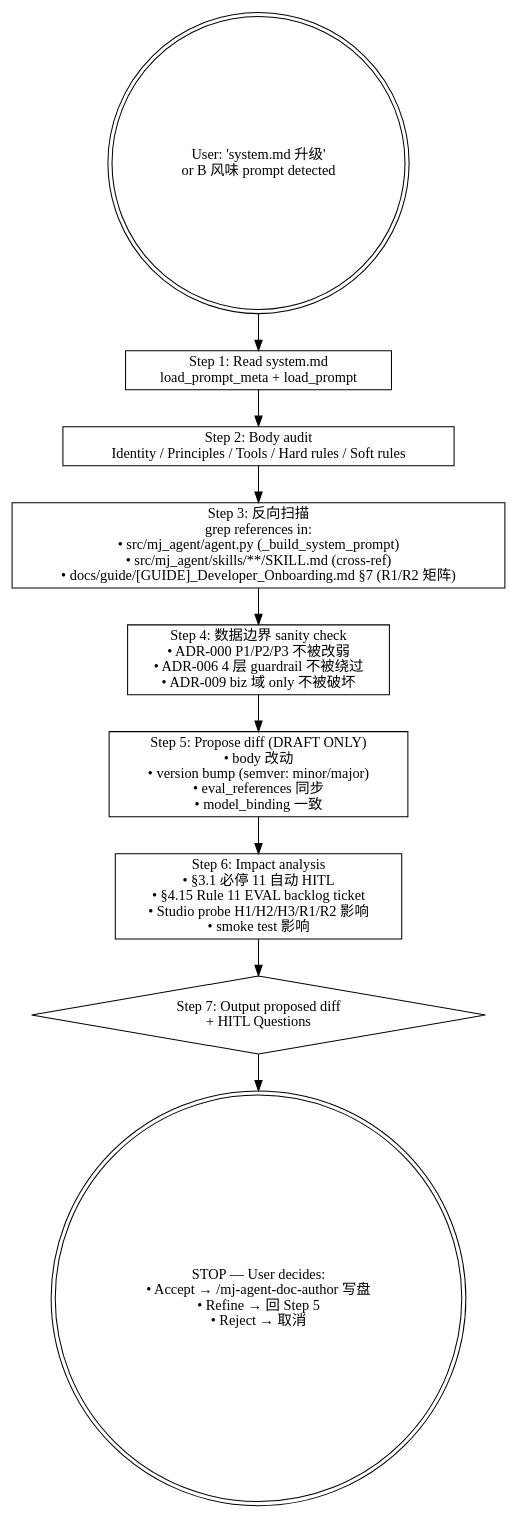
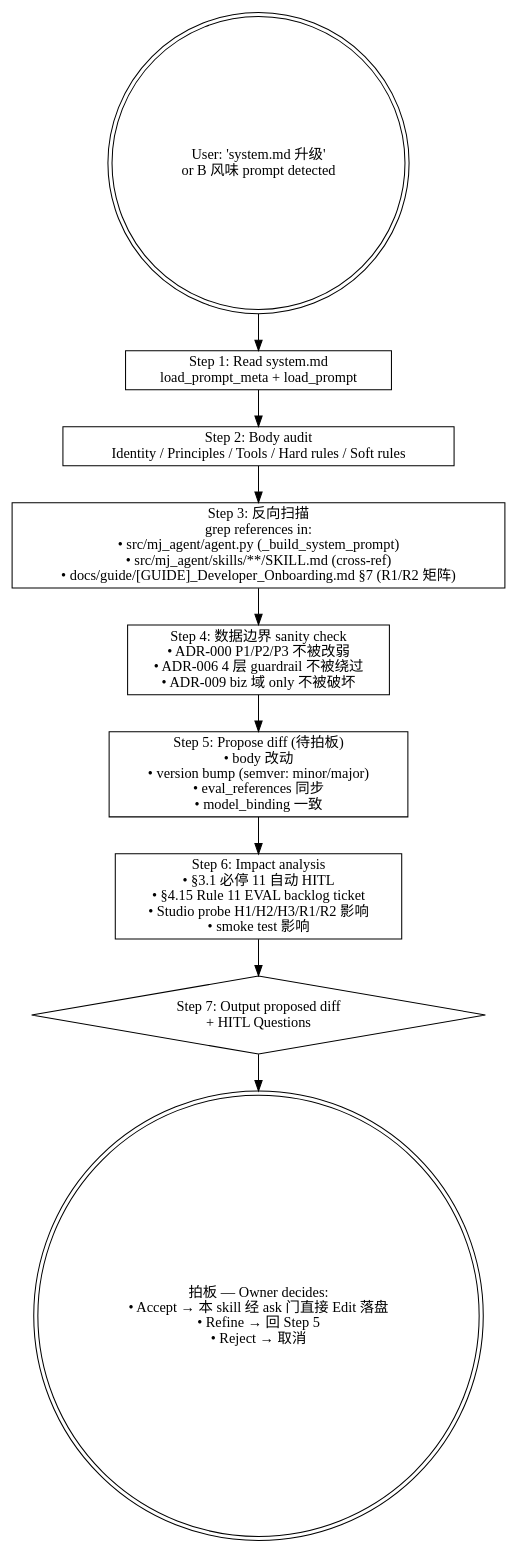
Before and after one commit to MJ-AgentLab/mj-agent: the diagram in .claude/skills/mj-agent-runtime-prompt-version-bump/SKILL.md, drawn with Graphviz. The commit also changed other lines of this file and 20 other files, not shown here.

First line of the commit message:
docs: HITL propose→拍板→apply model + deny→ask (ADR-034)

````diff
--- a/.claude/skills/mj-agent-runtime-prompt-version-bump/SKILL.md
+++ b/.claude/skills/mj-agent-runtime-prompt-version-bump/SKILL.md
@@ -45,24 +45,24 @@
 ```dot
 digraph bump {
   rankdir=TB;
   start [label="User: 'system.md 升级'\nor B 风味 prompt detected" shape=doublecircle];
 
   s1 [label="Step 1: Read system.md\nload_prompt_meta + load_prompt" shape=box];
 
   s2 [label="Step 2: Body audit\nIdentity / Principles / Tools / Hard rules / Soft rules" shape=box];
 
   s3 [label="Step 3: 反向扫描\ngrep references in:\n• src/mj_agent/agent.py (_build_system_prompt)\n• src/mj_agent/skills/**/SKILL.md (cross-ref)\n• docs/guide/[GUIDE]_Developer_Onboarding.md §7 (R1/R2 矩阵)" shape=box];
 
   s4 [label="Step 4: 数据边界 sanity check\n• ADR-000 P1/P2/P3 不被改弱\n• ADR-006 4 层 guardrail 不被绕过\n• ADR-009 biz 域 only 不被破坏" shape=box];
 
-  s5 [label="Step 5: Propose diff (DRAFT ONLY)\n• body 改动\n• version bump (semver: minor/major)\n• eval_references 同步\n• model_binding 一致" shape=box];
+  s5 [label="Step 5: Propose diff (待拍板)\n• body 改动\n• version bump (semver: minor/major)\n• eval_references 同步\n• model_binding 一致" shape=box];
 
   s6 [label="Step 6: Impact analysis\n• §3.1 必停 11 自动 HITL\n• §4.15 Rule 11 EVAL backlog ticket\n• Studio probe H1/H2/H3/R1/R2 影响\n• smoke test 影响" shape=box];
 
   s7 [label="Step 7: Output proposed diff\n+ HITL Questions" shape=diamond];
 
-  hitl [label="STOP — User decides:\n• Accept → /mj-agent-doc-author 写盘\n• Refine → 回 Step 5\n• Reject → 取消" shape=doublecircle];
+  hitl [label="拍板 — Owner decides:\n• Accept → 本 skill 经 ask 门直接 Edit 落盘\n• Refine → 回 Step 5\n• Reject → 取消" shape=doublecircle];
 
   start -> s1 -> s2 -> s3 -> s4 -> s5 -> s6 -> s7 -> hitl;
 }
 ```
````
